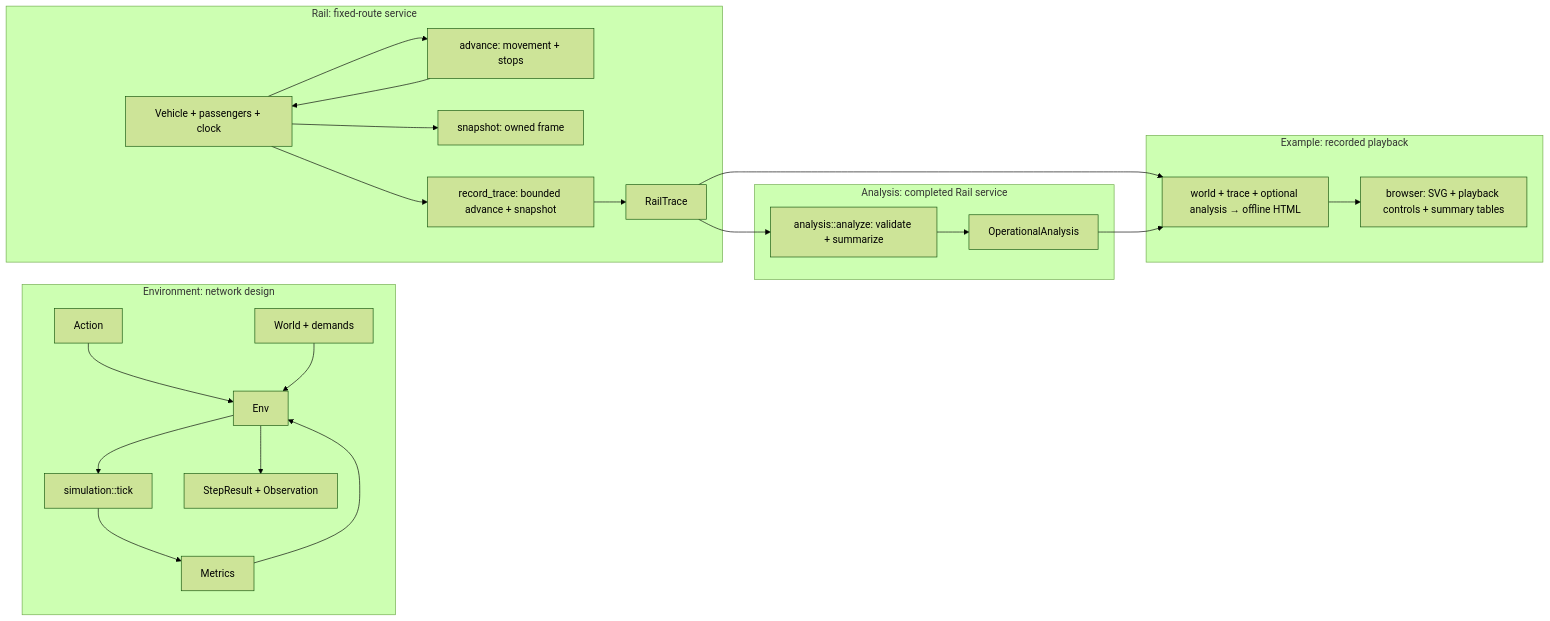
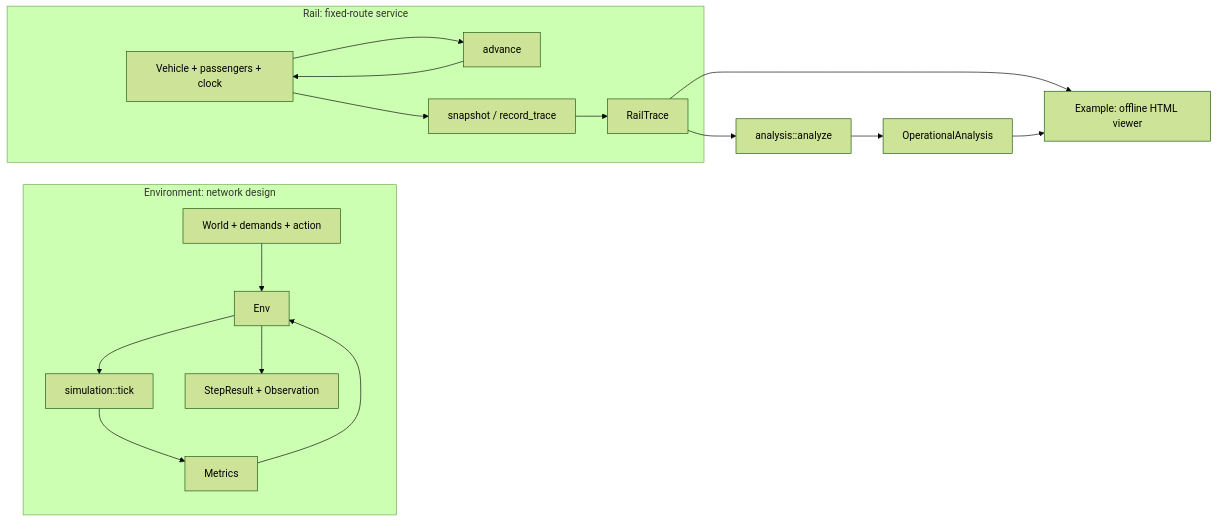
Before and after one commit to utilForever/urbanflow: the diagram in ARCHITECTURE.md, drawn with Mermaid (forest theme). The commit also changed other lines of this file and 2 other files, not shown here.

Commit message:
docs: simplify architecture and preserve API contracts

````diff
--- a/ARCHITECTURE.md
+++ b/ARCHITECTURE.md
@@ -9,27 +9,20 @@
 ```mermaid
 flowchart LR
     subgraph Environment["Environment: network design"]
-        Action --> Env
-        World["World + demands"] --> Env
+        Inputs["World + demands + action"] --> Env
         Env --> Allocation["simulation::tick"]
         Allocation --> Metrics
         Metrics --> Env
         Env --> Result["StepResult + Observation"]
     end
     subgraph Rail["Rail: fixed-route service"]
-        State["Vehicle + passengers + clock"] --> Advance["advance: movement + stops"]
+        State["Vehicle + passengers + clock"] --> Advance["advance"]
         Advance --> State
-        State --> Snapshot["snapshot: owned frame"]
-        State --> Record["record_trace: bounded advance + snapshot"]
+        State --> Record["snapshot / record_trace"]
         Record --> Trace["RailTrace"]
     end
-    subgraph Analysis["Analysis: completed Rail service"]
-        Trace --> Analyze["analysis::analyze: validate + summarize"]
-        Analyze --> Summaries["OperationalAnalysis"]
-    end
-    subgraph Presentation["Example: recorded playback"]
-        Trace --> HTML["world + trace + optional analysis → offline HTML"]
-        Summaries --> HTML
-        HTML --> Viewer["browser: SVG + playback controls + summary tables"]
-    end
+    Trace --> Analyze["analysis::analyze"]
+    Analyze --> Summaries["OperationalAnalysis"]
+    Trace --> Viewer["Example: offline HTML viewer"]
+    Summaries --> Viewer
 ```
````
